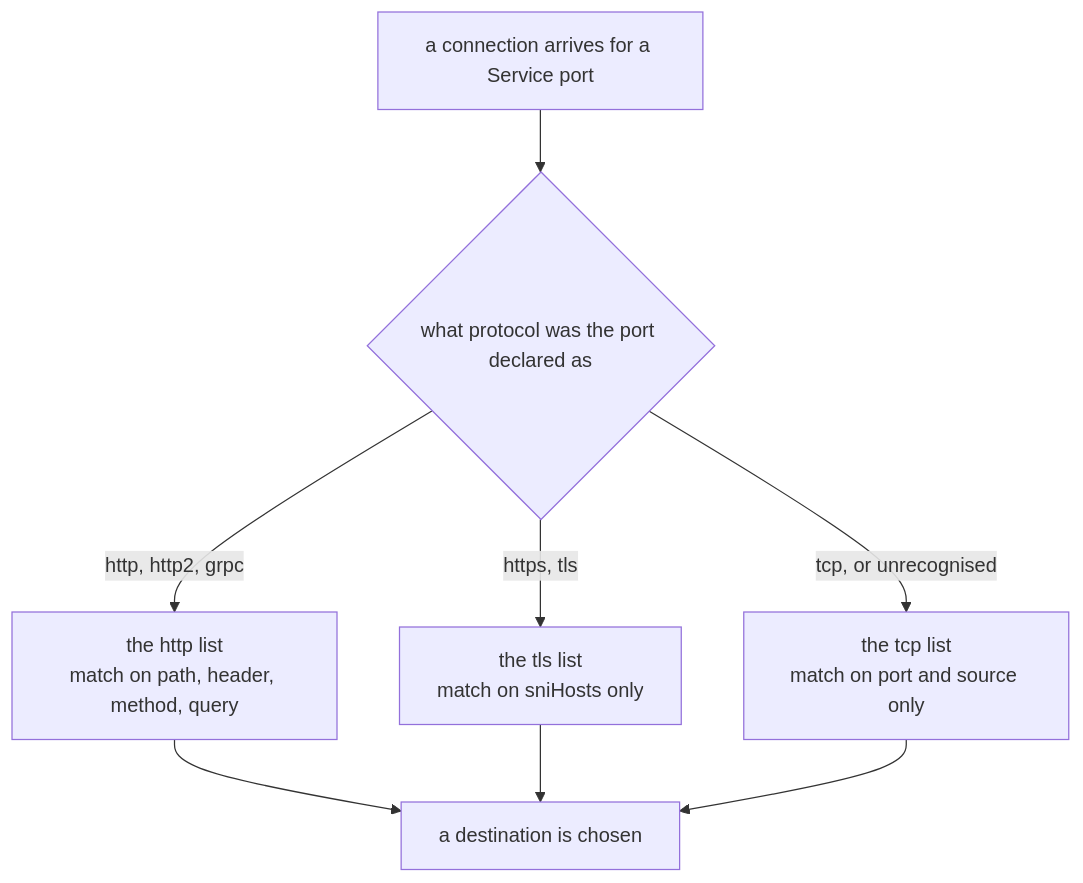
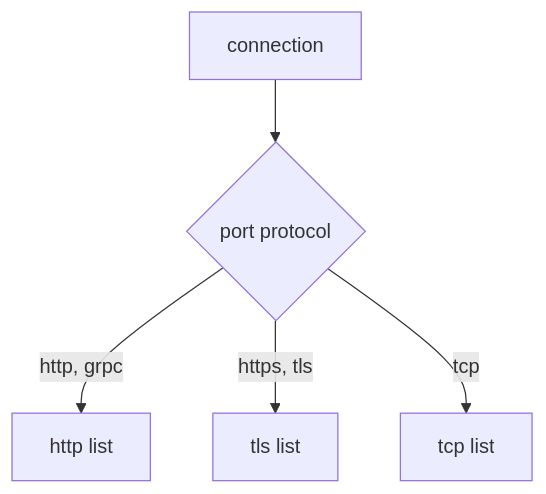
One commit to astrona-io/ATS014 changed the diagram in sections/section-010/module-01/course-05-routing-non-http-traffic.md. Above: the diagram before and after it, drawn with Mermaid. The commit also changed other lines of this file and 444 other files, not shown here.

````diff
--- a/sections/section-010/module-01/course-05-routing-non-http-traffic.md
+++ b/sections/section-010/module-01/course-05-routing-non-http-traffic.md
@@ -72,10 +54,7 @@
 ```mermaid
-flowchart TD
-    P["a connection arrives for a Service port"] --> D{"what protocol was the port declared as"}
-    D -->|"http, http2, grpc"| H["the http list<br/>match on path, header, method, query"]
-    D -->|"https, tls"| T["the tls list<br/>match on sniHosts only"]
-    D -->|"tcp, or unrecognised"| C["the tcp list<br/>match on port and source only"]
-    H --> R["a destination is chosen"]
-    T --> R
-    C --> R
+flowchart TB
+    P["connection"] --> D{"port protocol"}
+    D -->|"http, grpc"| H["http list"]
+    D -->|"https, tls"| T["tls list"]
+    D -->|"tcp"| C["tcp list"]
 ```
````
